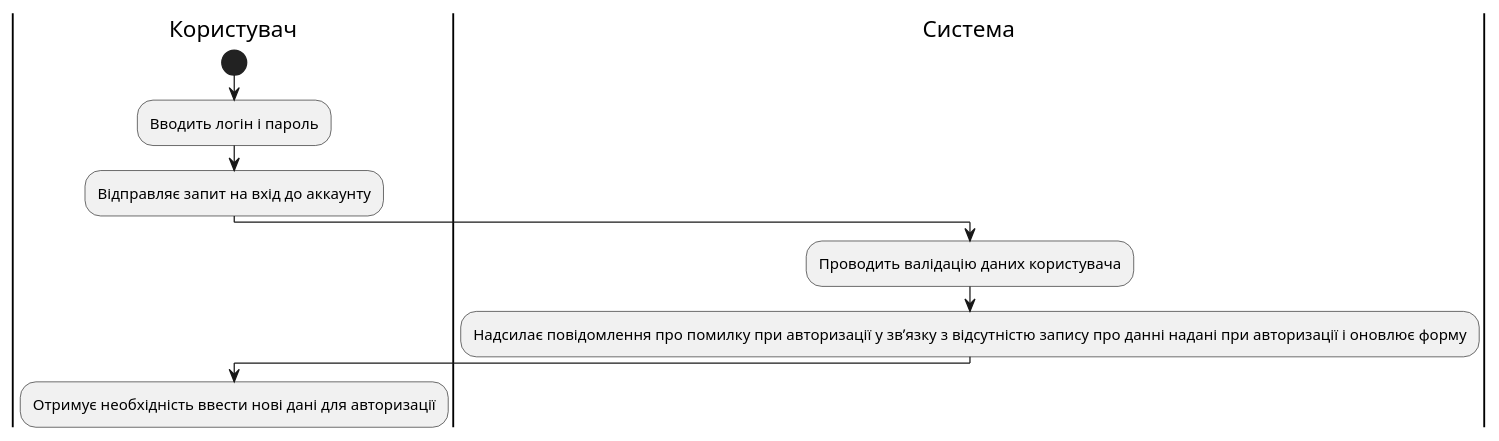
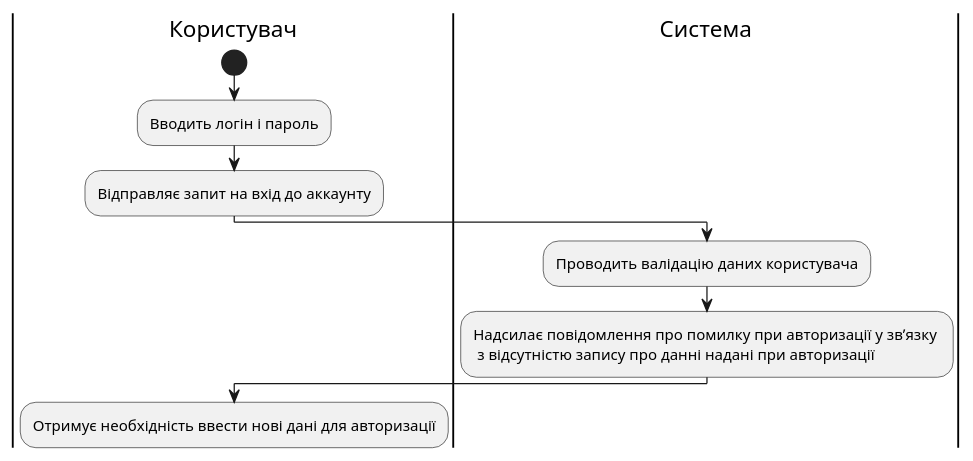
Before and after one commit to ukioxz/media-content-analyzing-system: the fifth of 16 diagrams in docs/use cases/README.md, drawn with PlantUML. The commit also changed other lines of this file and 2 other files, not shown here.

```diff
--- a/docs/use cases/README.md
+++ b/docs/use cases/README.md
@@ -174,22 +160,21 @@
 @startuml
 
 |Користувач|
 
 start
 
 :Вводить логін і пароль;
 
 :Відправляє запит на вхід до аккаунту;
 
 |#AntiqueWhite|Система
 
 :Проводить валідацію даних користувача;
 
-:Надсилає повідомлення про помилку при авторизації у звʼязку з відсутністю запису про данні надані при авторизації і оновлює форму;
+:Надсилає повідомлення про помилку при авторизації у звʼязку \n з відсутністю запису про данні надані при авторизації;
 
 |Користувач|
 
 :Отримує необхідність ввести нові дані для авторизації;
 
-
 @enduml
```
